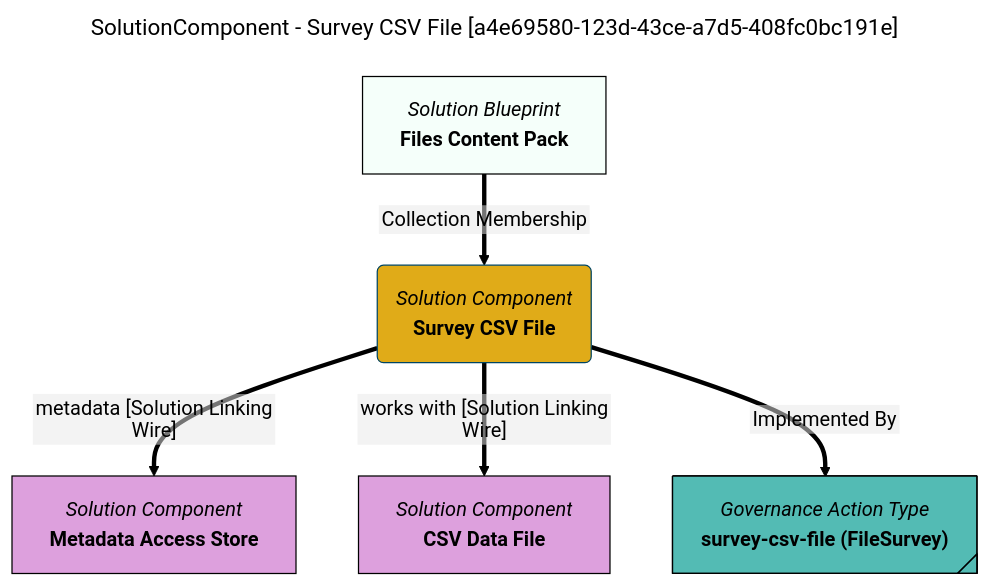
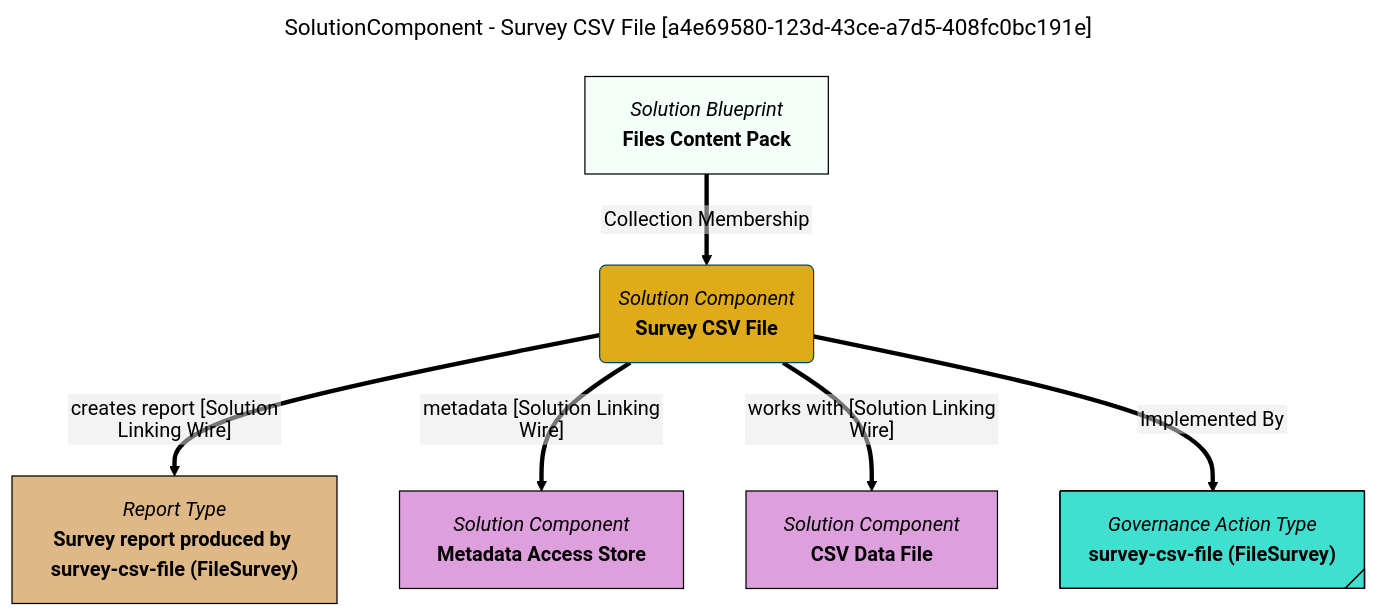
The diagram in site/snippets/blueprints/components/survey-csv-file-mermaid-graph.md (odpi/egeria-docs), drawn with Mermaid (forest theme) before and after one commit. The commit also changed 2201 other files, not shown here.

````diff
--- a/site/snippets/blueprints/components/survey-csv-file-mermaid-graph.md
+++ b/site/snippets/blueprints/components/survey-csv-file-mermaid-graph.md
@@ -1,30 +1,34 @@
 ```mermaid
 ---
 title: SolutionComponent - Survey CSV File [a4e69580-123d-43ce-a7d5-408fc0bc191e]
 ---
 flowchart TD
 %%{init: {"flowchart": {"htmlLabels": false}} }%%
 
 1@{ shape: rounded, label: "*Solution Component*
 **Survey CSV File**"}
 2@{ shape: rect, label: "*Solution Blueprint*
 **Files Content Pack**"}
 2==>|"Collection Membership"|1
-3@{ shape: rect, label: "*Solution Component*
+3@{ shape: rect, label: "*Report Type*
+**Survey report produced by survey-csv-file (FileSurvey)**"}
+1==>|"creates report [Solution Linking Wire]"|3
+4@{ shape: rect, label: "*Solution Component*
 **Metadata Access Store**"}
-1==>|"metadata [Solution Linking Wire]"|3
-4@{ shape: rect, label: "*Solution Component*
+1==>|"metadata [Solution Linking Wire]"|4
+5@{ shape: rect, label: "*Solution Component*
 **CSV Data File**"}
-1==>|"works with [Solution Linking Wire]"|4
-5@{ shape: tag-rect, label: "*Governance Action Type*
+1==>|"works with [Solution Linking Wire]"|5
+6@{ shape: tag-rect, label: "*Governance Action Type*
 **survey-csv-file (FileSurvey)**"}
-1==>|"Implemented By"|5
+1==>|"Implemented By"|6
 style 1 color:#000000, fill:#e0ab18, stroke:#004563
 style 2 color:#000000, fill:#f5fffa, stroke:#000000
-style 3 color:#000000, fill:#dda0dd, stroke:#000000
-style 4 color:#000000, fill:#dda0dd, stroke:#000000
-style 5 color:#000000, fill:#53bbb4, stroke:#000000
+style 3 color:#000000, fill:#DEB887, stroke:#000000
+style 4 color:#000000, fill:#DDA0DD, stroke:#000000
+style 5 color:#000000, fill:#DDA0DD, stroke:#000000
+style 6 color:#000000, fill:#40E0D0, stroke:#000000
 click 1 "https://egeria-project.org/concepts/governance-action-type/" "Click for more documentation" _blank
-click 3 "https://egeria-project.org/concepts/metadata-access-store/" "Click for more documentation" _blank
-click 4 "https://egeria-project.org/types/2/0220-Files-and-Folders/" "Click for more documentation" _blank
+click 4 "https://egeria-project.org/concepts/metadata-access-store/" "Click for more documentation" _blank
+click 5 "https://egeria-project.org/types/2/0220-Files-and-Folders/" "Click for more documentation" _blank
 ```
````
